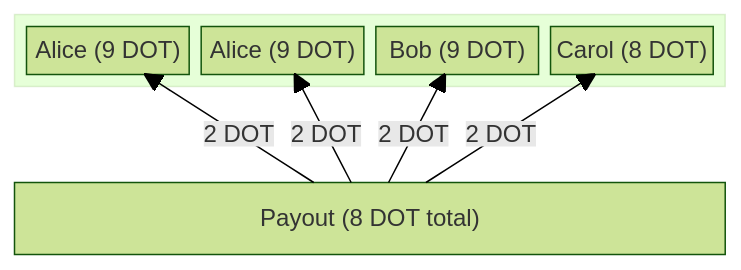
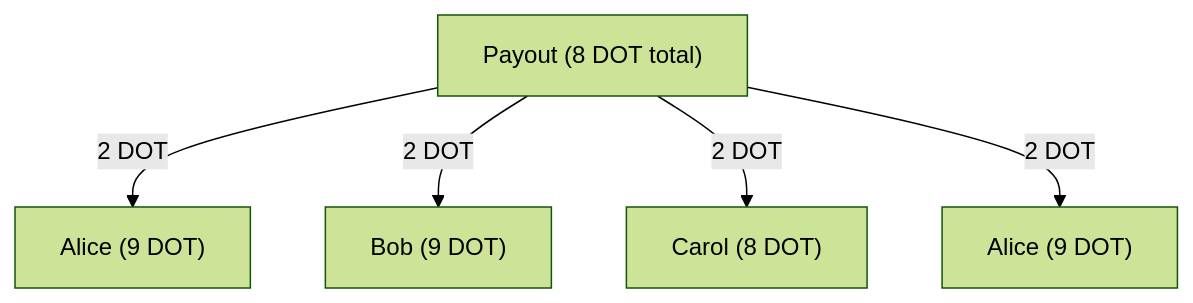
Before and after one commit to Telucero/polkadot-docs: the third of 6 diagrams in infrastructure/staking-mechanics/rewards-payout.md, drawn with Mermaid (forest theme). The commit also changed other lines of this file, not shown here.

Commit message:
changes block-beta mermaid diagrams to flowchart to correct rendering issue (#252)

````diff
--- a/infrastructure/staking-mechanics/rewards-payout.md
+++ b/infrastructure/staking-mechanics/rewards-payout.md
@@ -125,18 +113,12 @@
 ``` mermaid
-%%Payout, 4 val set, A-D are validators/stakes, E is payout%%
-
-block-beta
-    columns 1
-  block
+flowchart TD
     A["Alice (9 DOT)"]
     F["Alice (9 DOT)"]
     B["Bob (9 DOT)"]
     C["Carol (8 DOT)"]
-  end
-    space
-    E["Payout (8 DOT total)"]:1
+    E["Payout (8 DOT total)"]
     E --"2 DOT"--> A
     E --"2 DOT"--> B
     E --"2 DOT"--> C
     E --"2 DOT"--> F 
 ```
````
